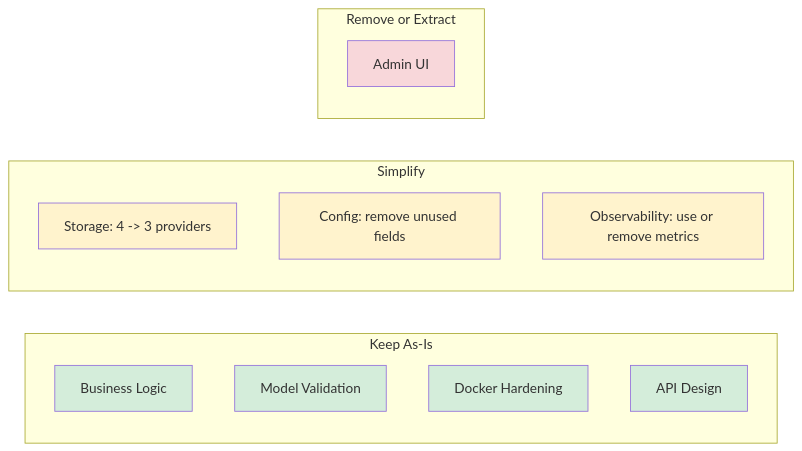
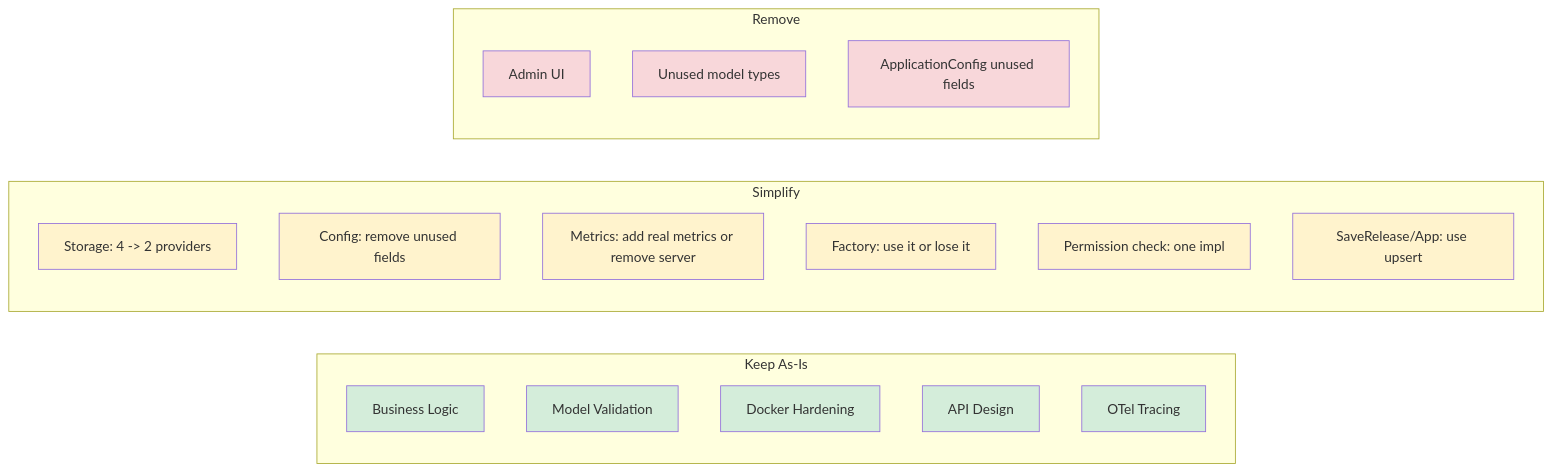
Before and after one commit to griffinskudder/updater: the diagram in docs/plans/2026-02-27-architecture-review.md, drawn with Mermaid. The commit also changed other lines of this file and 1 other file, not shown here.

First line of the commit message:
docs: expand architecture review with additional code findings

````diff
--- a/docs/plans/2026-02-27-architecture-review.md
+++ b/docs/plans/2026-02-27-architecture-review.md
@@ -173,28 +233,40 @@
 ```mermaid
 graph LR
-    subgraph "Keep As-Is"
+    subgraph Keep["Keep As-Is"]
         A[Business Logic]
         B[Model Validation]
         C[Docker Hardening]
         D[API Design]
+        E[OTel Tracing]
     end
 
-    subgraph "Simplify"
-        E[Storage: 4 -> 3 providers]
-        F[Config: remove unused fields]
-        G[Observability: use or remove metrics]
+    subgraph Simplify["Simplify"]
+        F[Storage: 4 -> 2 providers]
+        G[Config: remove unused fields]
+        H[Metrics: add real metrics or remove server]
+        I[Factory: use it or lose it]
+        J[Permission check: one impl]
+        K[SaveRelease/App: use upsert]
     end
 
-    subgraph "Remove or Extract"
-        H[Admin UI]
+    subgraph Remove["Remove"]
+        L[Admin UI]
+        M[Unused model types]
+        N[ApplicationConfig unused fields]
     end
 
     style A fill:#d4edda
     style B fill:#d4edda
     style C fill:#d4edda
     style D fill:#d4edda
-    style E fill:#fff3cd
+    style E fill:#d4edda
     style F fill:#fff3cd
     style G fill:#fff3cd
-    style H fill:#f8d7da
+    style H fill:#fff3cd
+    style I fill:#fff3cd
+    style J fill:#fff3cd
+    style K fill:#fff3cd
+    style L fill:#f8d7da
+    style M fill:#f8d7da
+    style N fill:#f8d7da
 ```
````
